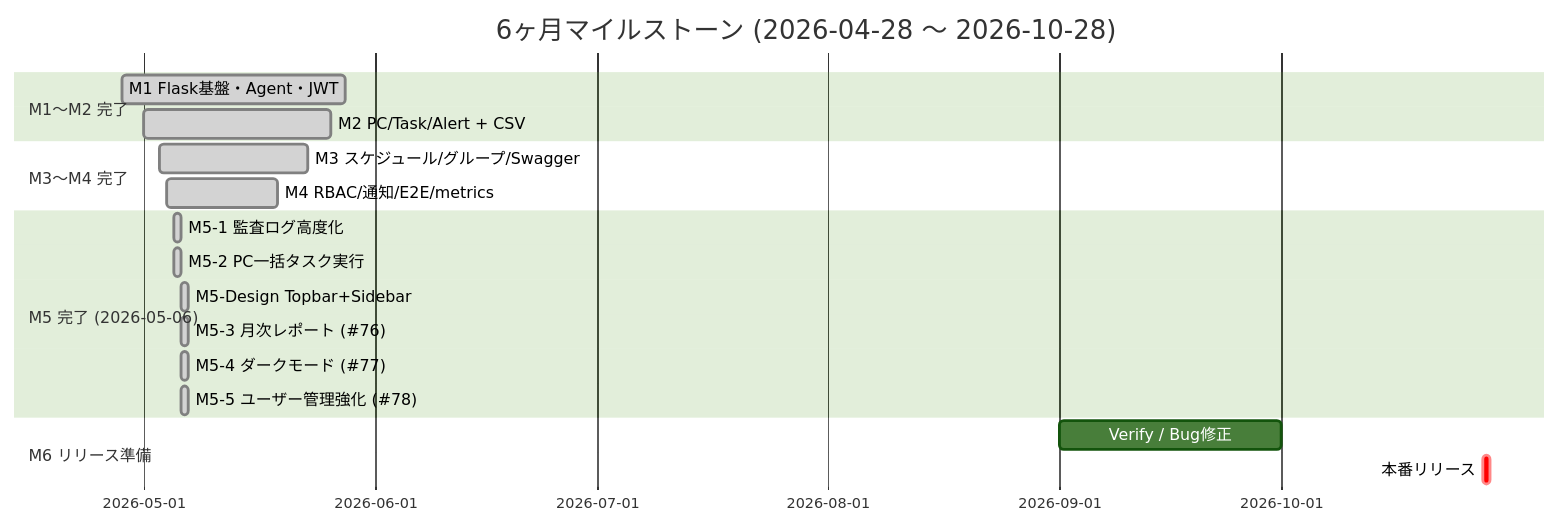
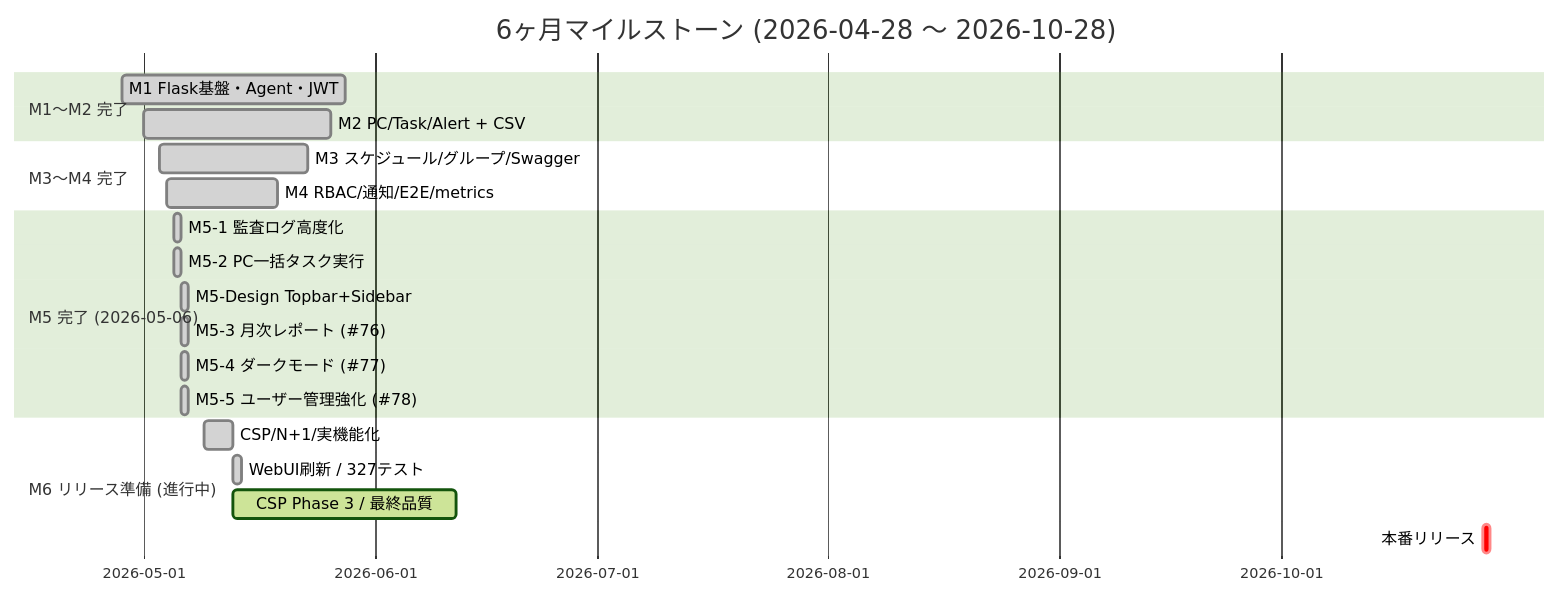
Before and after one commit to Kensan196948G/PC-Ops-Orchestrator: the seventh of 8 diagrams in README.md, drawn with Mermaid (forest theme). The commit also changed other lines of this file and 2 other files, not shown here.

````diff
--- a/README.md
+++ b/README.md
@@ -470,21 +470,23 @@
 ```mermaid
 gantt
     title 6ヶ月マイルストーン (2026-04-28 〜 2026-10-28)
     dateFormat YYYY-MM-DD
     section M1〜M2 完了
     M1 Flask基盤・Agent・JWT      :done, m1, 2026-04-28, 30d
     M2 PC/Task/Alert + CSV       :done, m2, 2026-05-01, 25d
     section M3〜M4 完了
     M3 スケジュール/グループ/Swagger :done, m3, 2026-05-03, 20d
     M4 RBAC/通知/E2E/metrics      :done, m4, 2026-05-04, 15d
     section M5 完了 (2026-05-06)
     M5-1 監査ログ高度化           :done, m51, 2026-05-05, 1d
     M5-2 PC一括タスク実行         :done, m52, 2026-05-05, 1d
     M5-Design Topbar+Sidebar     :done, m5d, 2026-05-06, 1d
     M5-3 月次レポート (#76)       :done, m53, 2026-05-06, 1d
     M5-4 ダークモード (#77)       :done, m54, 2026-05-06, 1d
     M5-5 ユーザー管理強化 (#78)   :done, m55, 2026-05-06, 1d
-    section M6 リリース準備
-    Verify / Bug修正              :m6v, 2026-09-01, 30d
+    section M6 リリース準備 (進行中)
+    CSP/N+1/実機能化             :done, m6a, 2026-05-09, 4d
+    WebUI刷新 / 327テスト        :done, m6b, 2026-05-13, 1d
+    CSP Phase 3 / 最終品質      :active, m6c, 2026-05-13, 30d
     本番リリース                  :crit, m6r, 2026-10-28, 1d
 ```
````
